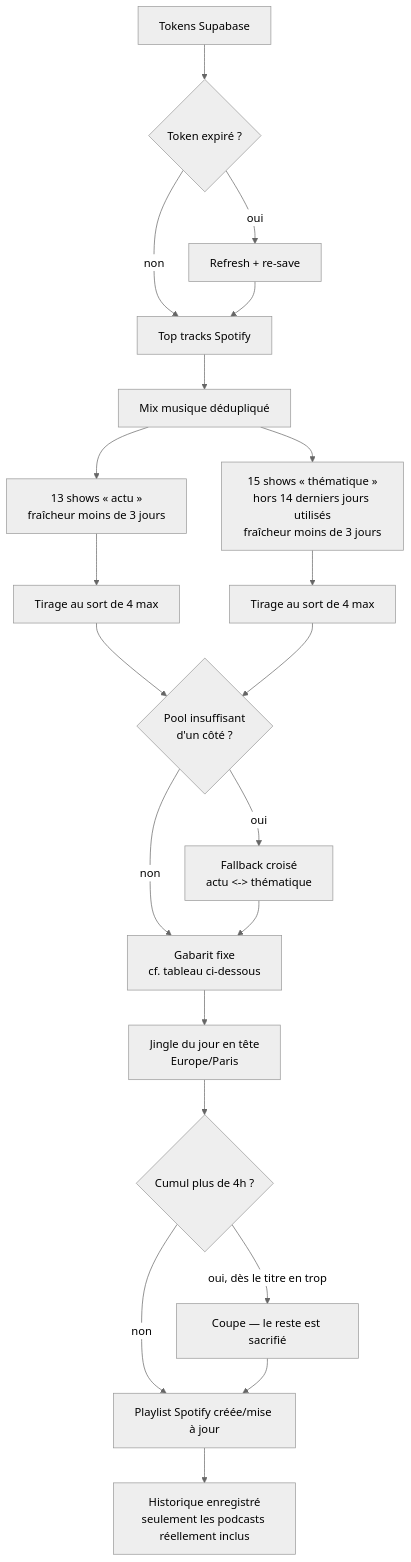
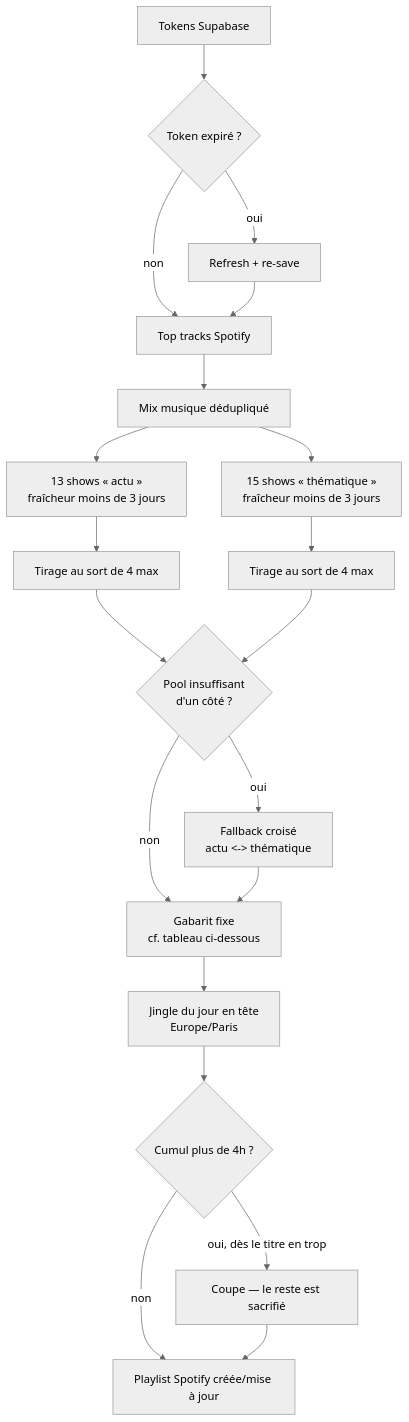
One commit to matthieulechat/mon-daily changed the diagram in docs/PLAYLIST_GENERATION.md. Above: the diagram before and after it, drawn with Mermaid (neutral theme). The commit also changed other lines of this file and 8 other files, not shown here.

````diff
--- a/docs/PLAYLIST_GENERATION.md
+++ b/docs/PLAYLIST_GENERATION.md
@@ -7,28 +7,27 @@
 ```mermaid
 flowchart TD
     A[Tokens Supabase] --> B{Token expiré ?}
     B -->|oui| C[Refresh + re-save]
     B -->|non| D[Top tracks Spotify]
     C --> D
 
     D --> E[Mix musique dédupliqué]
 
     E --> F[13 shows « actu »<br/>fraîcheur moins de 3 jours]
     F --> G[Tirage au sort de 4 max]
 
-    E --> H[15 shows « thématique »<br/>hors 14 derniers jours utilisés<br/>fraîcheur moins de 3 jours]
+    E --> H[15 shows « thématique »<br/>fraîcheur moins de 3 jours]
     H --> I[Tirage au sort de 4 max]
 
     G --> J{Pool insuffisant<br/>d'un côté ?}
     I --> J
     J -->|oui| K[Fallback croisé<br/>actu <-> thématique]
     J -->|non| L[Gabarit fixe<br/>cf. tableau ci-dessous]
     K --> L
 
     L --> M[Jingle du jour en tête<br/>Europe/Paris]
     M --> N{Cumul plus de 4h ?}
     N -->|oui, dès le titre en trop| O[Coupe — le reste est sacrifié]
     N -->|non| P[Playlist Spotify créée/mise à jour]
     O --> P
-    P --> Q[Historique enregistré<br/>seulement les podcasts réellement inclus]
 ```
````
